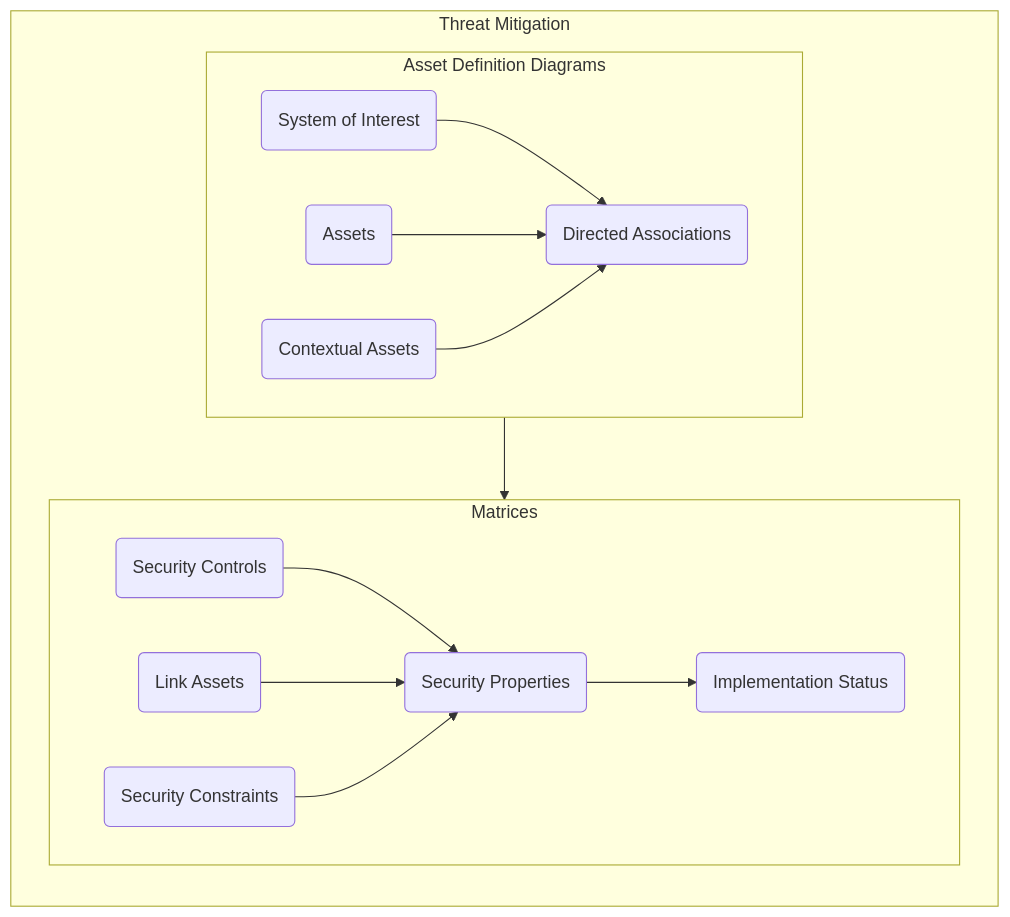
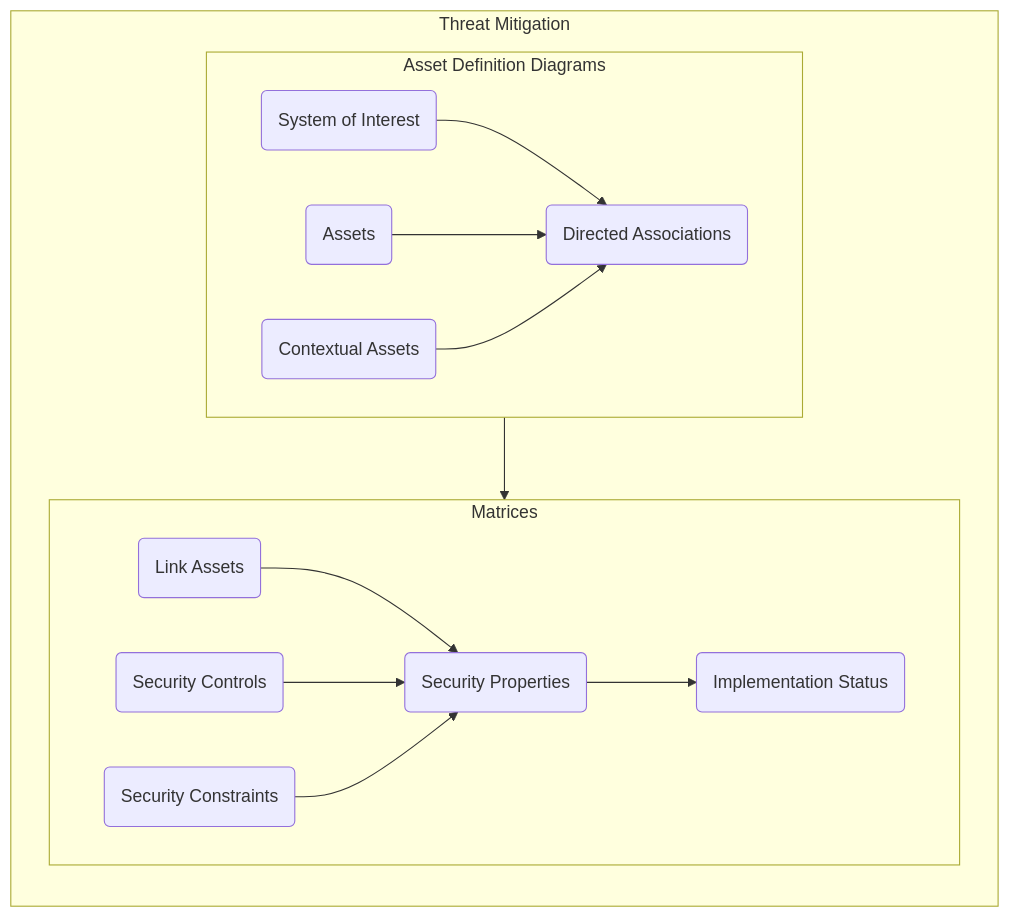
The first of 3 diagrams in Documentation/threat-mitigation.md (stuartfowler/CEMT), drawn with Mermaid before and after one commit. The commit also changed other lines of this file and 5 other files, not shown here.

````diff
--- a/Documentation/threat-mitigation.md
+++ b/Documentation/threat-mitigation.md
@@ -5,17 +5,17 @@
 ```mermaid
 flowchart TB
   subgraph TMi["Threat Mitigation"]
     direction TB
     subgraph 4["Asset Definition Diagrams"]
       4a("System of Interest") --> 4d("Directed Associations")
       4b("Assets") --> 4d
       4c("Contextual Assets") --> 4d
     end
     subgraph 5["Matrices"]
-      5b("Security Controls") --> 5c("Security Properties") --> 5g("Implementation Status")
-      5d("Link Assets") --> 5c
-      5f("Security Constraints") --> 5c
+    5d("Link Assets") --> 5c("Security Properties") --> 5g("Implementation Status")
+    5b("Security Controls") --> 5c
+    5f("Security Constraints") --> 5c
     end
     4 --> 5
   end
 ```
````
